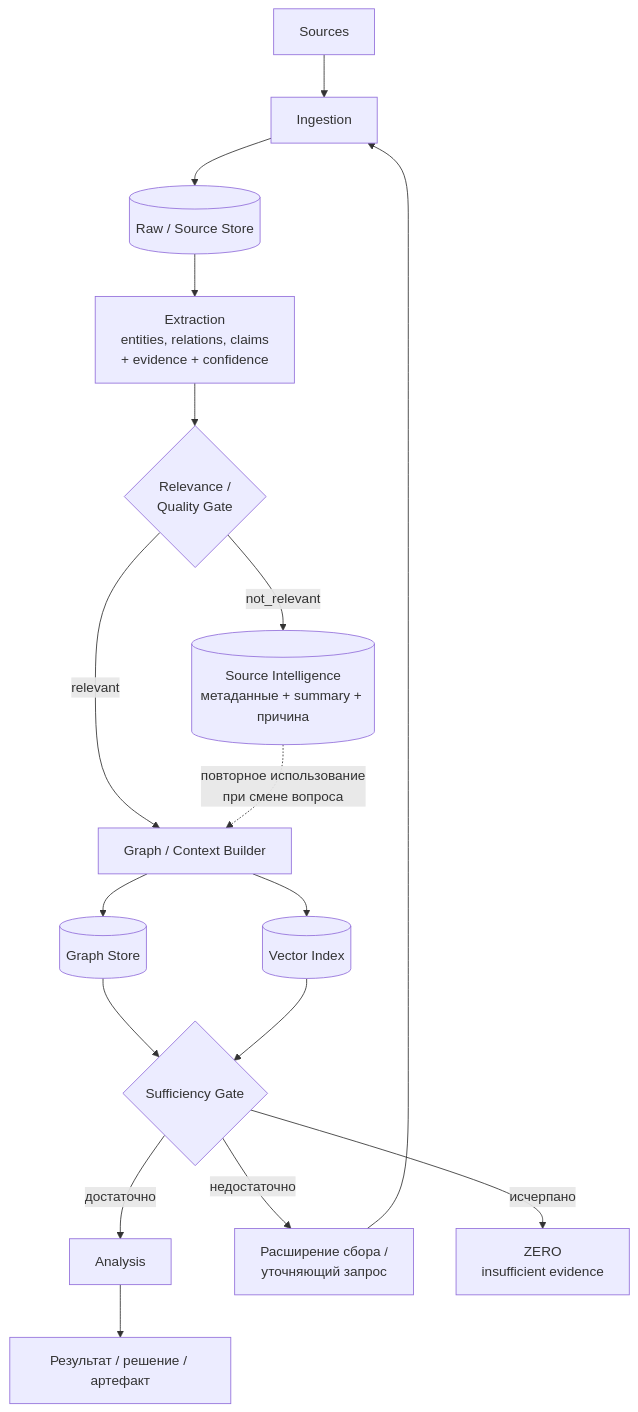
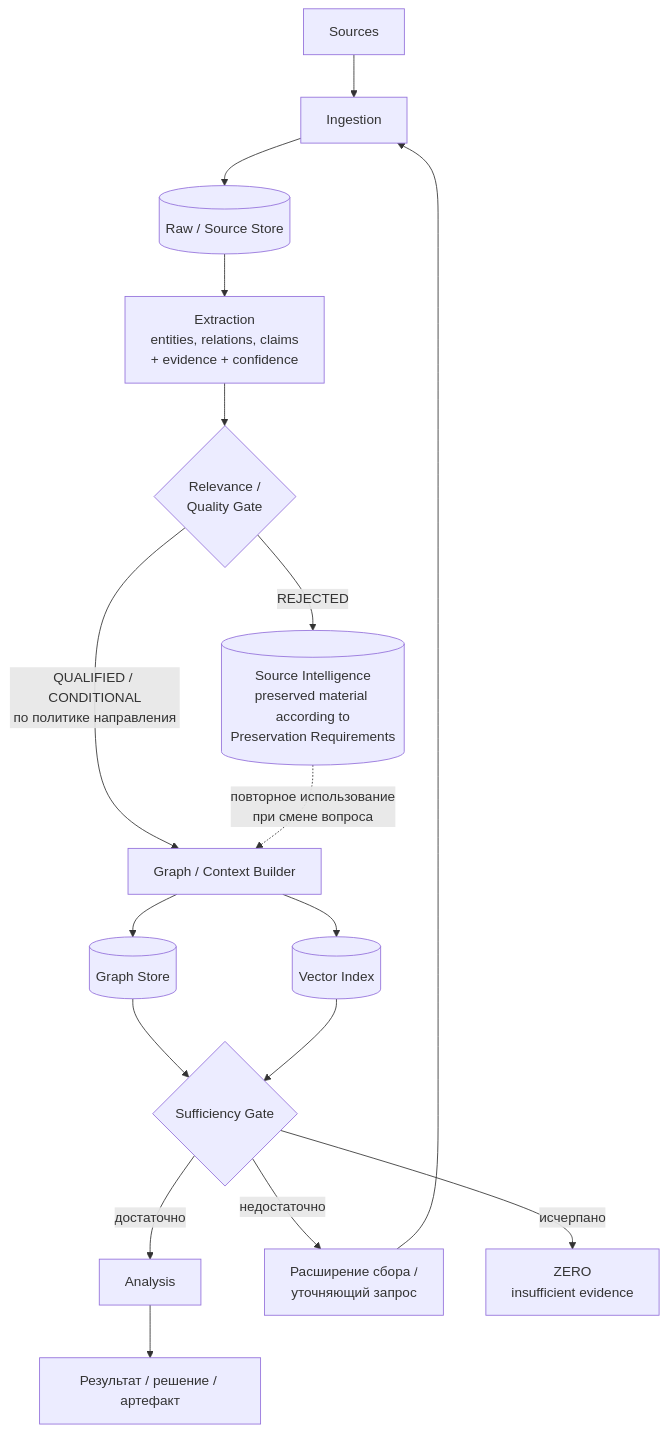
One commit to G-Ivan-A/aether-orbis changed the second of 8 diagrams in docs/architecture.md. Above: the diagram before and after it, drawn with Mermaid. The commit also changed other lines of this file and 5 other files, not shown here.

````diff
--- a/docs/architecture.md
+++ b/docs/architecture.md
@@ -32,25 +32,25 @@
 ```mermaid
 flowchart TD
     S[Sources] --> ING[Ingestion]
     ING --> RAW[(Raw / Source Store)]
     RAW --> EXTR[Extraction<br/>entities, relations, claims<br/>+ evidence + confidence]
     EXTR --> RG{Relevance /<br/>Quality Gate}
 
-    RG -->|not_relevant| SI[(Source Intelligence<br/>метаданные + summary + причина)]
-    RG -->|relevant| GB[Graph / Context Builder]
+    RG -->|REJECTED| SI[(Source Intelligence<br/>preserved material according to<br/>Preservation Requirements)]
+    RG -->|QUALIFIED / CONDITIONAL<br/>по политике направления| GB[Graph / Context Builder]
 
     GB --> GRAPH[(Graph Store)]
     GB --> VEC[(Vector Index)]
 
     GRAPH --> SG{Sufficiency Gate}
     VEC --> SG
 
     SG -->|достаточно| AN[Analysis]
     SG -->|недостаточно| EXP[Расширение сбора /<br/>уточняющий запрос]
     SG -->|исчерпано| ZERO[ZERO<br/>insufficient evidence]
 
     EXP --> ING
     AN --> RES[Результат / решение / артефакт]
 
     SI -.->|повторное использование<br/>при смене вопроса| GB
 ```
````
